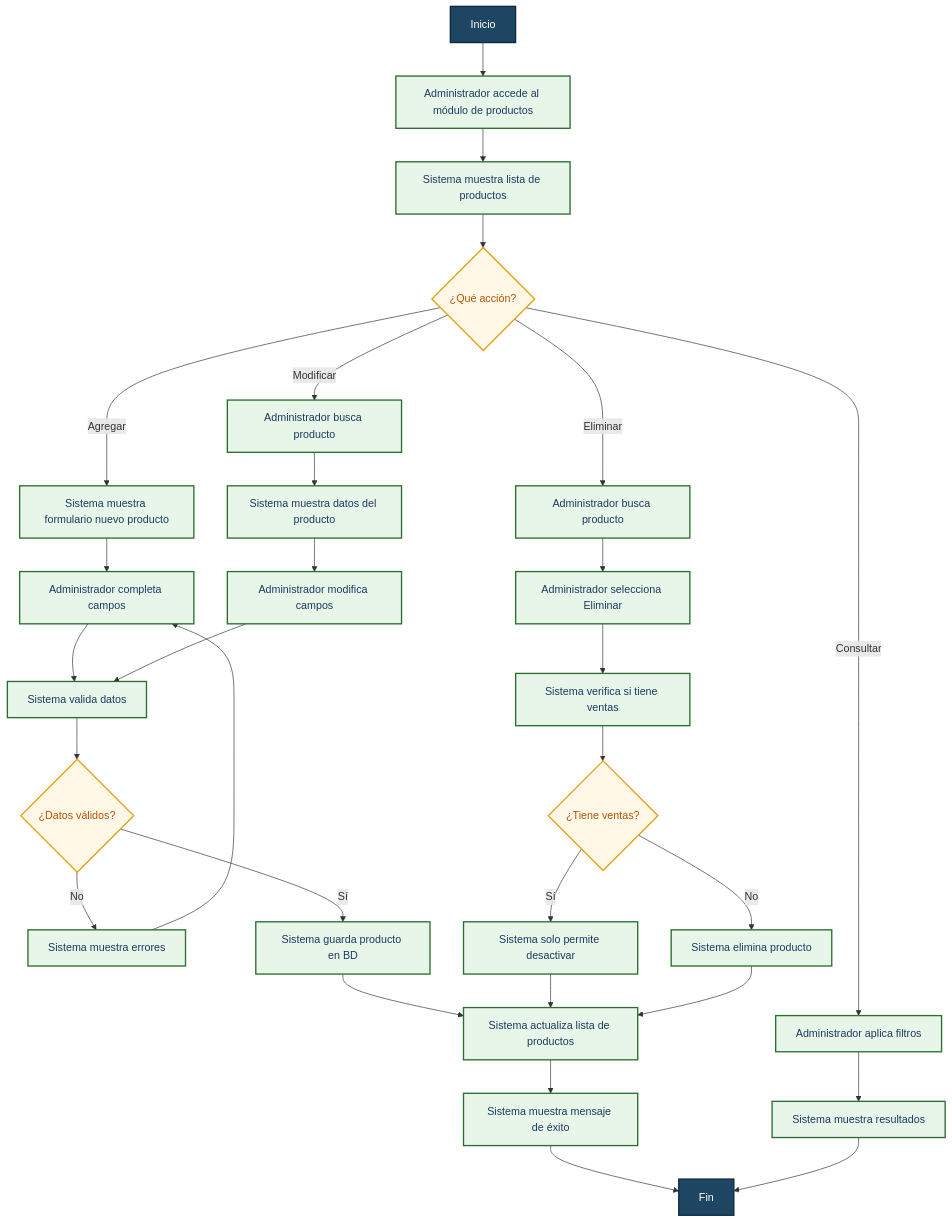
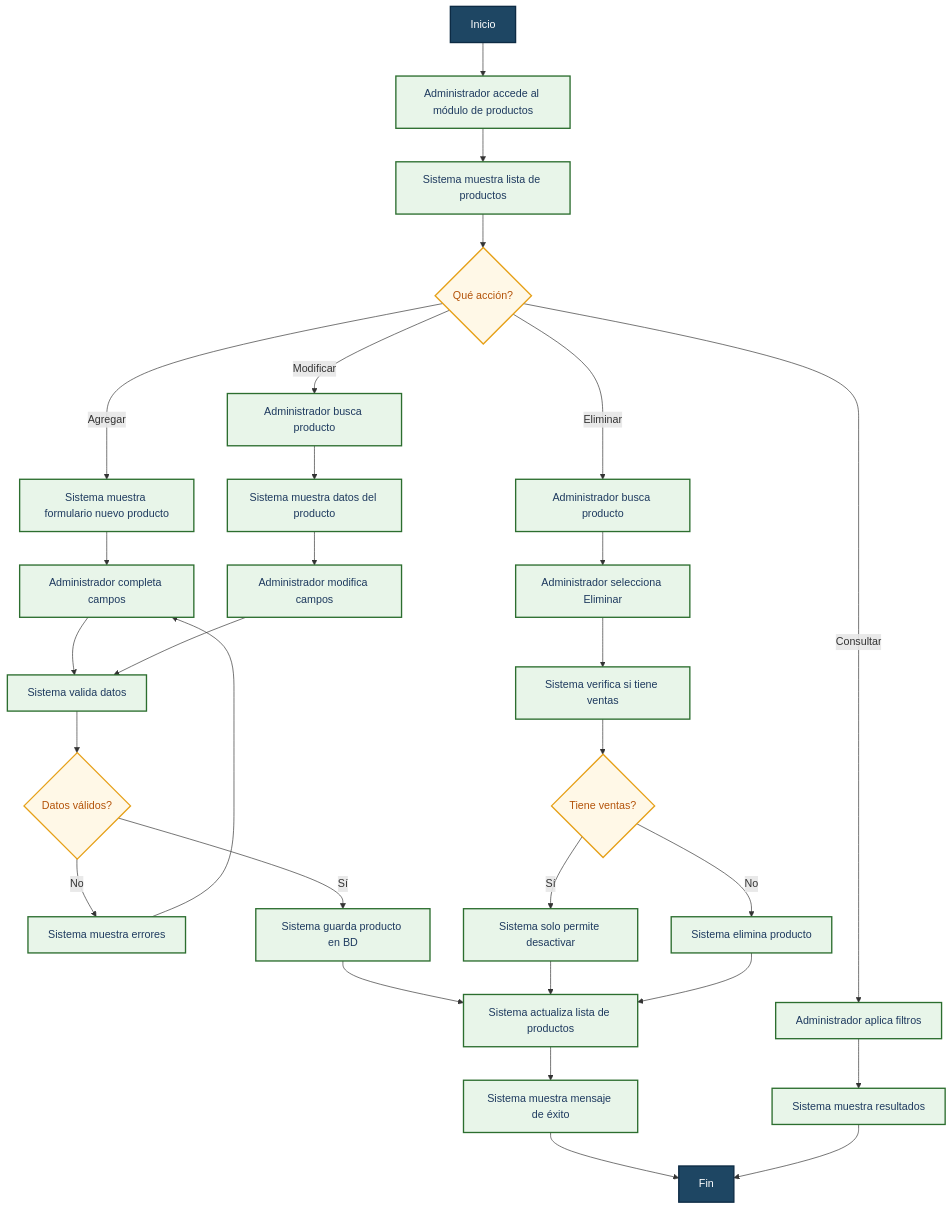
The third of 4 diagrams in IEEE/IEEE(2).md (Jeanks3/Prototipo3410390), drawn with Mermaid before and after one commit. The commit also changed other lines of this file and 8 other files, not shown here.

````diff
--- a/IEEE/IEEE(2).md
+++ b/IEEE/IEEE(2).md
@@ -1603,46 +1700,46 @@
 ```mermaid
-    flowchart TD
+flowchart TD
     A[Inicio] --> B[Administrador accede al módulo de productos]
     B --> C[Sistema muestra lista de productos]
-    C --> D{¿Qué acción?}
+    C --> D{Qué acción?}
 
     D -->|Agregar| E[Sistema muestra formulario nuevo producto]
     E --> F[Administrador completa campos]
     F --> G[Sistema valida datos]
 
-    G --> H{¿Datos válidos?}
+    G --> H{Datos válidos?}
     H -->|No| I[Sistema muestra errores]
     I --> F
 
     H -->|Sí| J[Sistema guarda producto en BD]
     J --> K[Sistema actualiza lista de productos]
     K --> L[Sistema muestra mensaje de éxito]
     L --> M[Fin]
 
     D -->|Modificar| N[Administrador busca producto]
     N --> O[Sistema muestra datos del producto]
     O --> P[Administrador modifica campos]
     P --> G
 
     D -->|Eliminar| Q[Administrador busca producto]
     Q --> R[Administrador selecciona Eliminar]
     R --> S[Sistema verifica si tiene ventas]
 
-    S --> T{¿Tiene ventas?}
+    S --> T{Tiene ventas?}
     T -->|Sí| U[Sistema solo permite desactivar]
     U --> K
     T -->|No| V[Sistema elimina producto]
     V --> K
 
     D -->|Consultar| W[Administrador aplica filtros]
     W --> X[Sistema muestra resultados]
     X --> M
 
     classDef inicioFin fill:#1e4663,color:#fff,stroke:#0d2b44,stroke-width:2px
     classDef proceso fill:#e8f5e9,color:#1e3a5f,stroke:#2c6e2f,stroke-width:2px
     classDef decision fill:#fff8e7,color:#b45309,stroke:#e6a017,stroke-width:2px
 
     class A,M inicioFin
     class B,C,E,F,G,I,J,K,L,N,O,P,Q,R,S,U,V,W,X proceso
     class D,H,T decision
 ```
````
